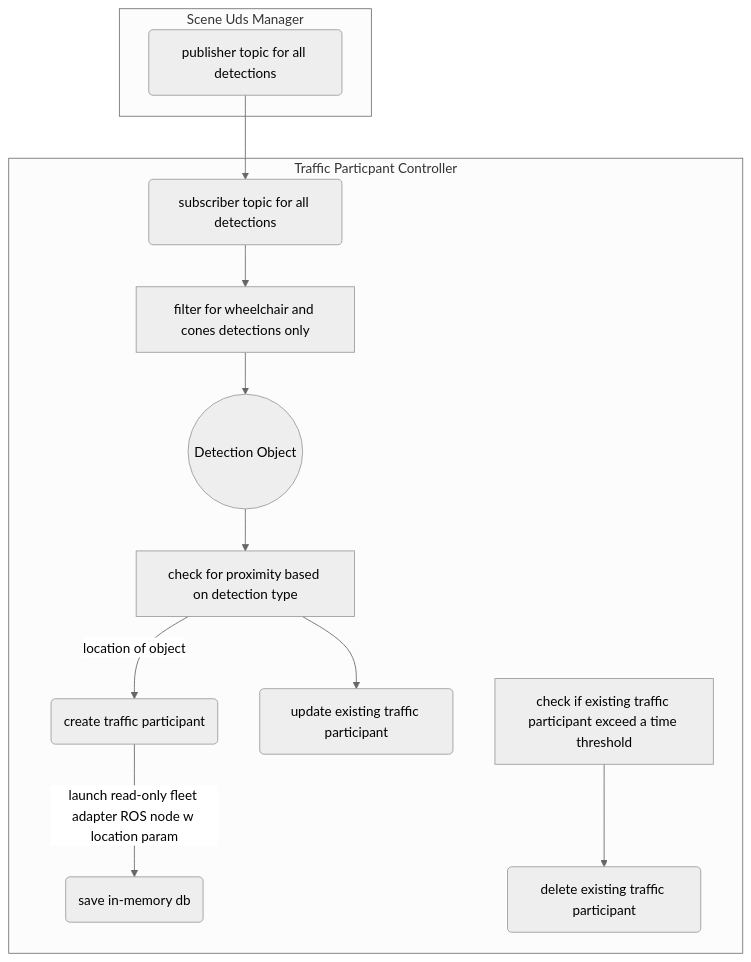
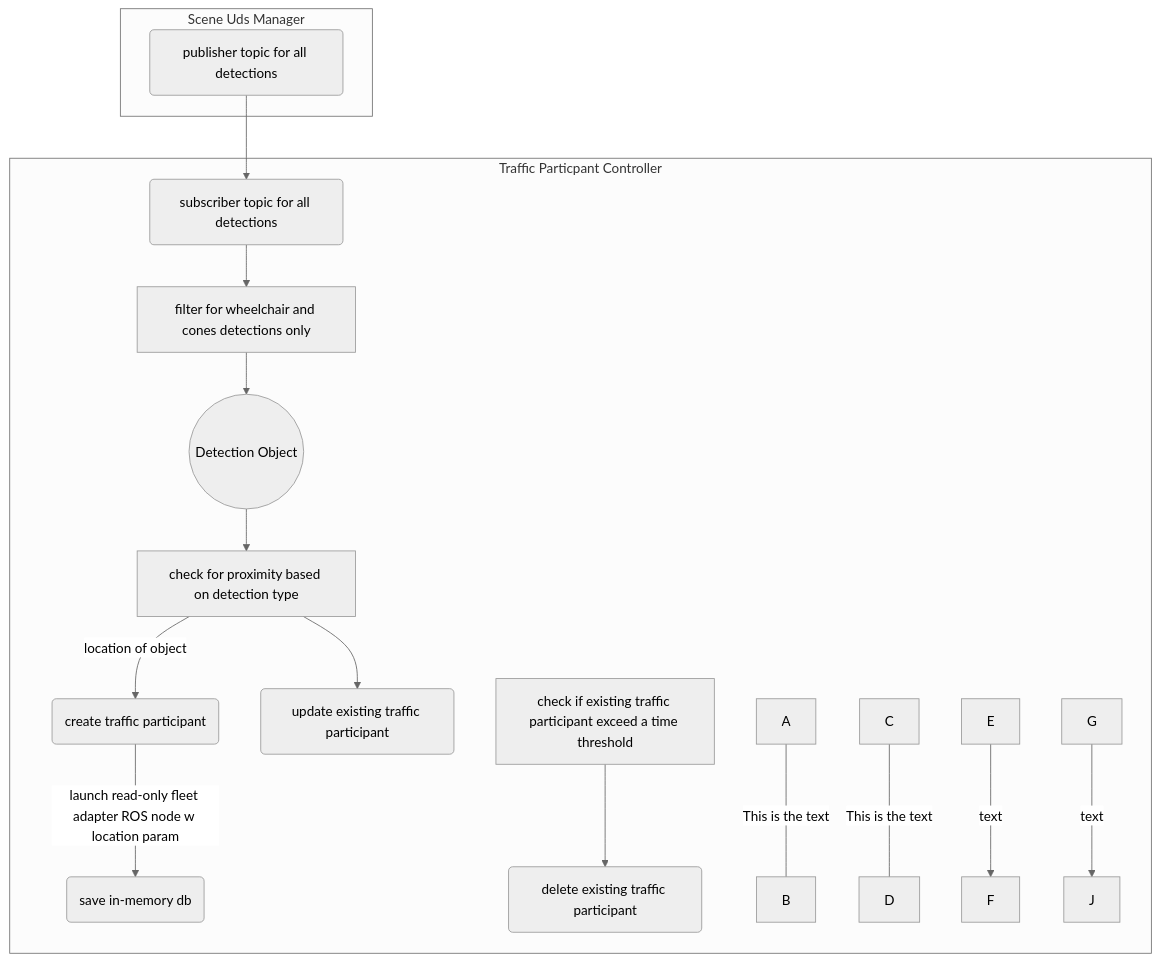
One commit to mxgrey/su_traffic_participant changed the diagram in README.md. Above: the diagram before and after it, drawn with Mermaid (neutral theme).

````diff
--- a/README.md
+++ b/README.md
@@ -5,19 +5,23 @@
 ```mermaid
 graph TB
 
   Publisher --> Subscriber
   subgraph "Scene Uds Manager"
   Publisher(publisher topic for all detections)
   end
 
   subgraph "Traffic Particpant Controller"
   Subscriber(subscriber topic for all detections)
   Subscriber --> FindClass[filter for wheelchair and cones detections only] --> Detection((Detection Object))
   Detection --> Proximity[check for proximity based on detection type]
   Proximity -- location of object --> Create(create traffic participant)
   Create -- launch read-only fleet adapter ROS node w location param --> Save(save in-memory db)
   Proximity --> Update(update existing traffic participant)
   CountdownTimer[check if existing traffic participant exceed a time threshold] --> Delete(delete existing traffic participant)
+  A---|This is the text|B
+  C-- This is the text ---D
+  E-->|text|F
+  G-- text -->J
 
 end
 ```
````
